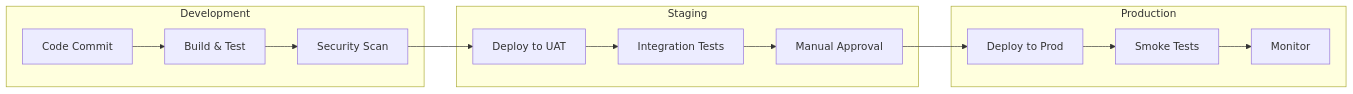
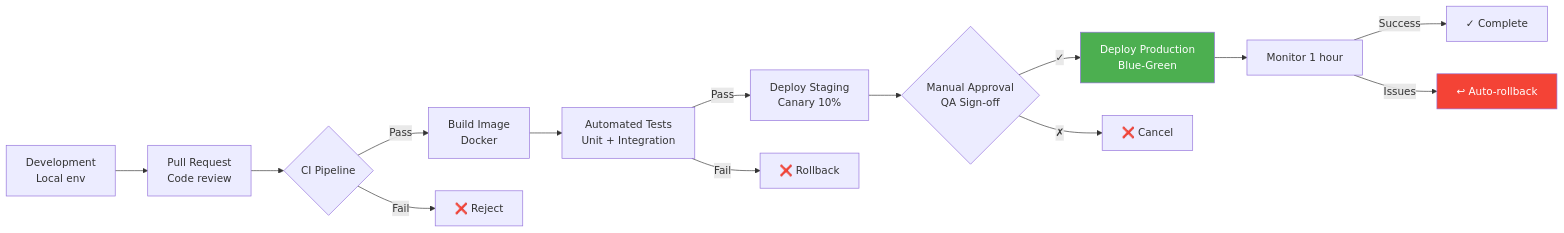
One commit to huuhoait/openbanking-vn-specs changed diagram 15 of 18 in 10-Van-hanh-va-NFR.md. Above: the diagram before and after it, drawn with Mermaid. The commit also changed other lines of this file and 14 other files, not shown here.

````diff
--- a/10-Van-hanh-va-NFR.md
+++ b/10-Van-hanh-va-NFR.md
@@ -470,29 +495,27 @@
 ```mermaid
 graph LR
-    subgraph "Development"
-        Code[Code Commit]
-        Build[Build & Test]
-        Scan[Security Scan]
-    end
+    Dev[Development<br/>Local env]
     
-    subgraph "Staging"
-        Deploy_UAT[Deploy to UAT]
-        Test_UAT[Integration Tests]
-        Approve[Manual Approval]
-    end
+    Dev --> PR[Pull Request<br/>Code review]
+    PR --> CI{CI Pipeline}
     
-    subgraph "Production"
-        Deploy_Prod[Deploy to Prod]
-        Smoke[Smoke Tests]
-        Monitor[Monitor]
-    end
+    CI -->|Pass| Build[Build Image<br/>Docker]
+    CI -->|Fail| Reject[❌ Reject]
     
-    Code --> Build
-    Build --> Scan
-    Scan --> Deploy_UAT
-    Deploy_UAT --> Test_UAT
-    Test_UAT --> Approve
-    Approve --> Deploy_Prod
-    Deploy_Prod --> Smoke
-    Smoke --> Monitor
+    Build --> Test[Automated Tests<br/>Unit + Integration]
+    
+    Test -->|Pass| Staging[Deploy Staging<br/>Canary 10%]
+    Test -->|Fail| Reject2[❌ Rollback]
+    
+    Staging --> Approve{Manual Approval<br/>QA Sign-off}
+    
+    Approve -->|✓| Prod[Deploy Production<br/>Blue-Green]
+    Approve -->|✗| Reject3[❌ Cancel]
+    
+    Prod --> Monitor[Monitor 1 hour]
+    Monitor -->|Success| Done[✓ Complete]
+    Monitor -->|Issues| Rollback[↩ Auto-rollback]
+    
+    style Prod fill:#4caf50,color:#fff
+    style Rollback fill:#f44336,color:#fff
 ```
````
